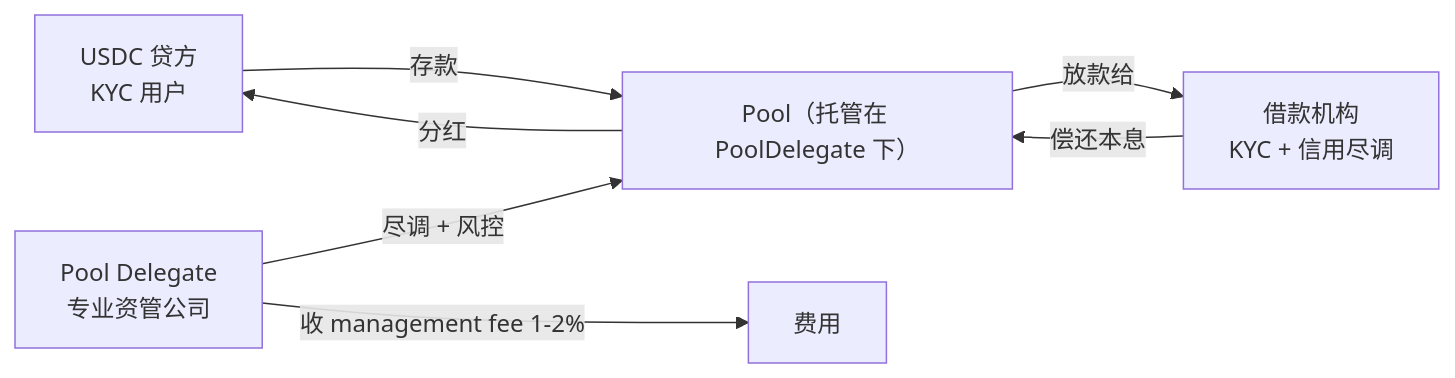
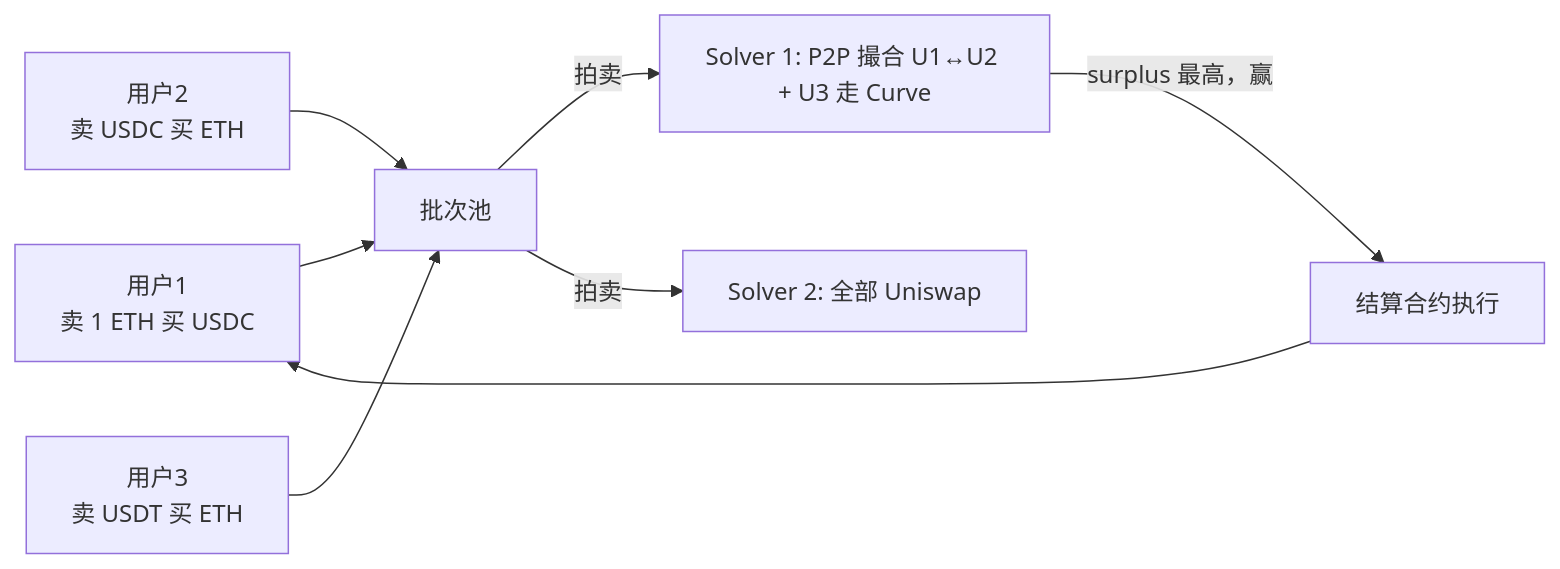
Diagram 19 of 20 in web3-engineer-guide/06-DeFi协议工程/README.md (ChuwuYo/misc-files), drawn with Mermaid before and after one commit. The commit also changed other lines of this file and 211 other files, not shown here.

````diff
--- a/web3-engineer-guide/06-DeFi协议工程/README.md
+++ b/web3-engineer-guide/06-DeFi协议工程/README.md
@@ -1586,10 +1300,10 @@
 ```mermaid
 flowchart LR
-    LP[USDC 贷方<br/>KYC 用户] -->|存款| P[Pool（托管在 PoolDelegate 下）]
-    P -->|放款给| B[借款机构<br/>KYC + 信用尽调]
-    PD[Pool Delegate<br/>专业资管公司] -->|尽调 + 风控| P
-    B -->|偿还本息| P
-    P -->|分红| LP
-
-    PD -->|收 management fee 1-2%| Fee[费用]
+    U1[用户1<br/>卖 1 ETH 买 USDC] --> Batch[批次池]
+    U2[用户2<br/>卖 USDC 买 ETH] --> Batch
+    U3[用户3<br/>卖 USDT 买 ETH] --> Batch
+    Batch -->|拍卖| S1[Solver 1: P2P 撮合 U1↔U2 + U3 走 Curve]
+    Batch -->|拍卖| S2[Solver 2: 全部 Uniswap]
+    S1 -->|surplus 最高，赢| Settle[结算合约执行]
+    Settle --> U1
 ```
````
